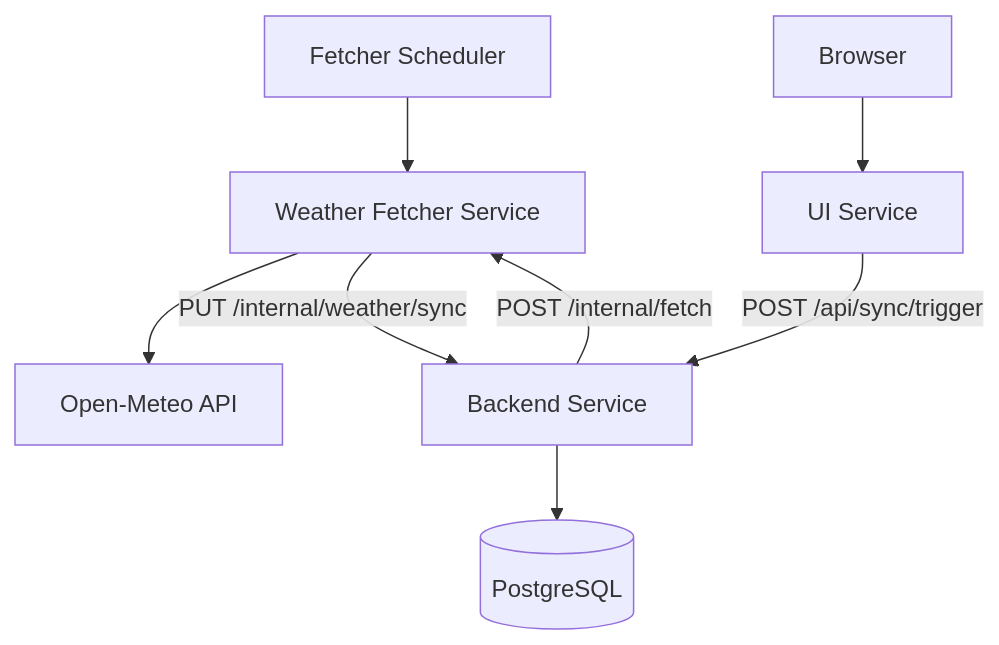
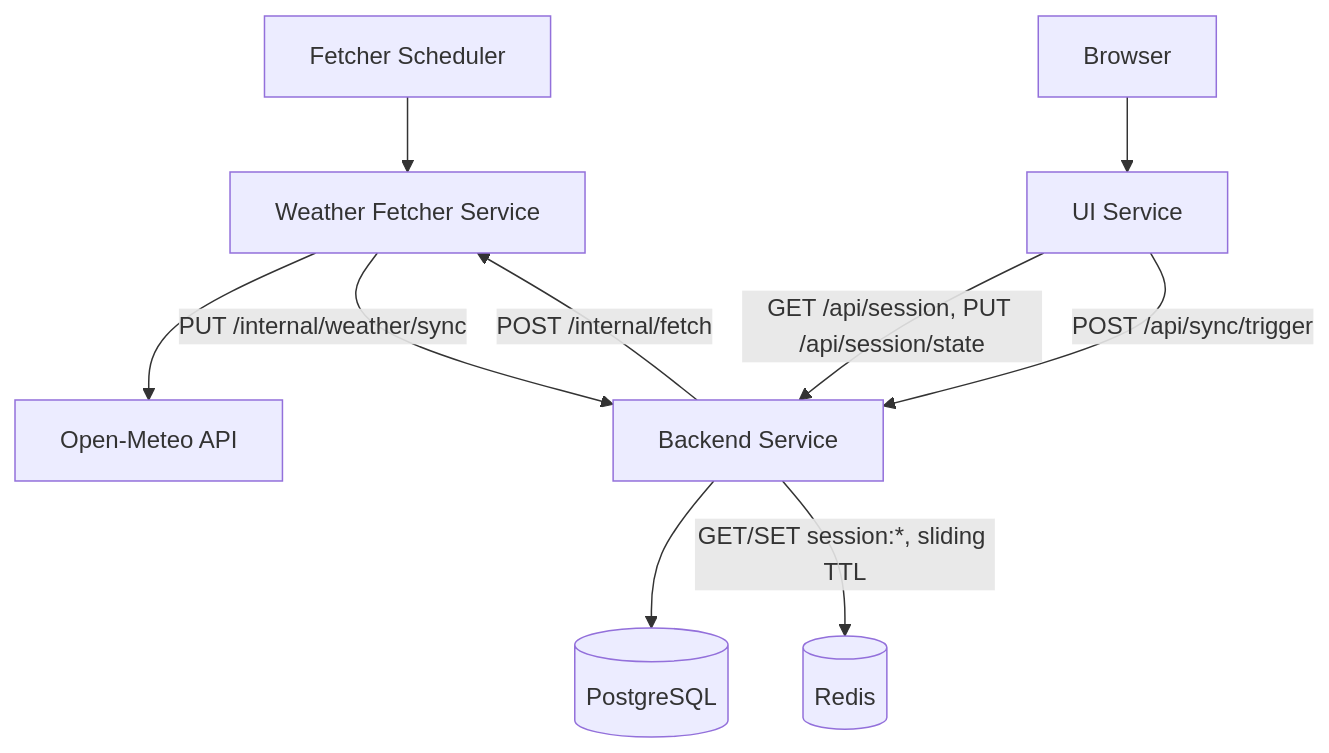
Before and after one commit to ua-academy-projects/push-and-pray: the first of 4 diagrams in docs/architecture.md, drawn with Mermaid. The commit also changed other lines of this file and 27 other files, not shown here.

````diff
--- a/docs/architecture.md
+++ b/docs/architecture.md
@@ -20,11 +21,13 @@
 ```mermaid
 flowchart TD
     Scheduler[Fetcher Scheduler] --> Fetcher[Weather Fetcher Service]
     Fetcher --> OpenMeteo[Open-Meteo API]
     Fetcher -->|PUT /internal/weather/sync| Backend[Backend Service]
     Backend --> PostgreSQL[(PostgreSQL)]
+    Backend -->|GET/SET session:*, sliding TTL| Redis[(Redis)]
 
     User[Browser] --> UI[UI Service]
+    UI -->|GET /api/session, PUT /api/session/state| Backend
     UI -->|POST /api/sync/trigger| Backend
     Backend -->|POST /internal/fetch| Fetcher
 ```
````
